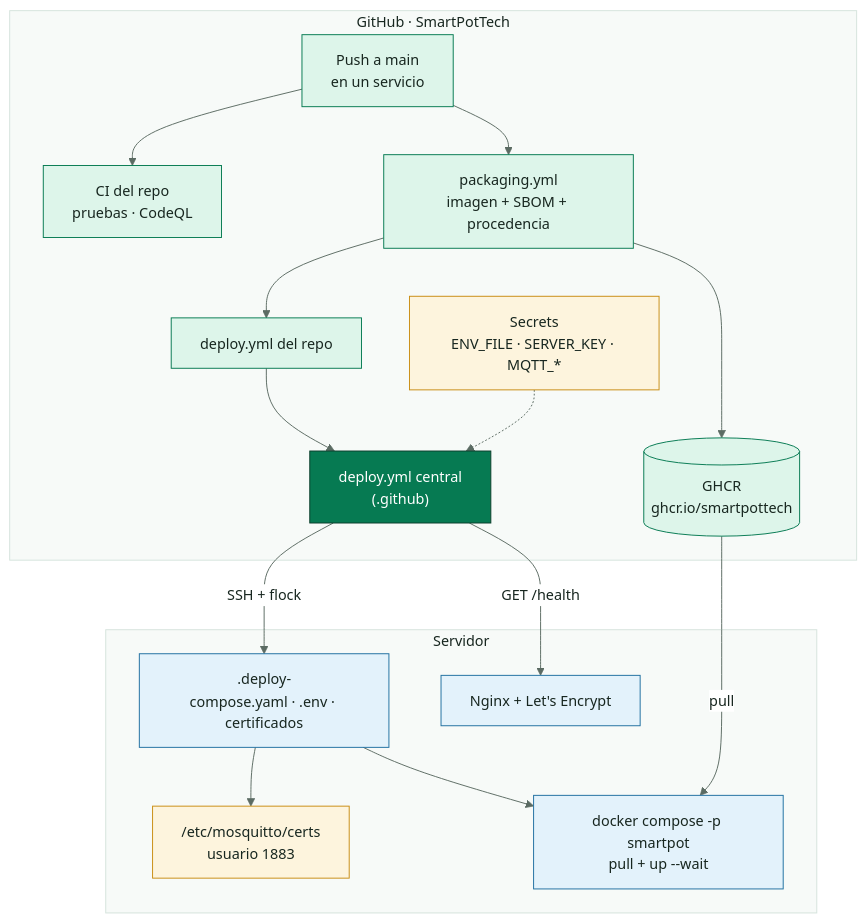
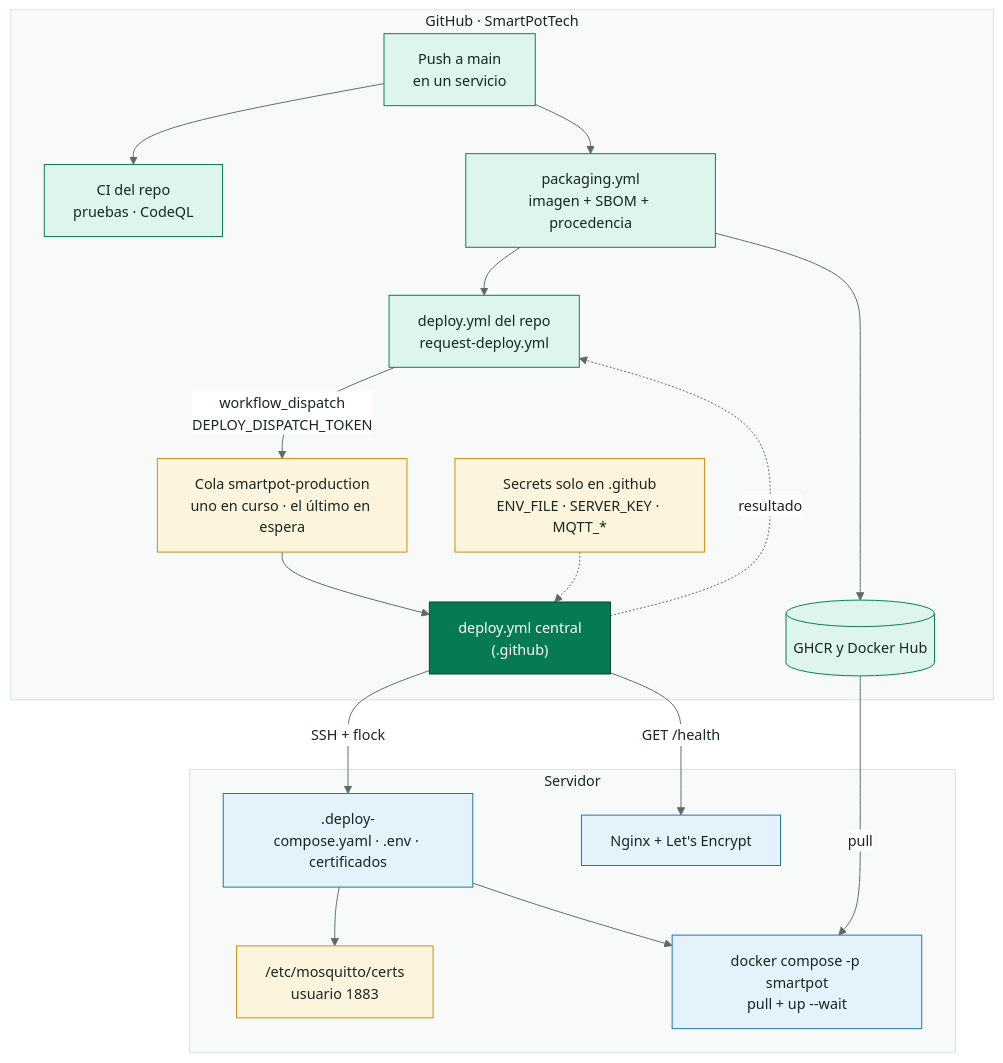
Before and after one commit to SmartPotTech/.github: the diagram in docs/diagramas/SmartPot_06_Despliegue.mmd, drawn with Mermaid. The commit also changed 1 other file, not shown here.

Commit message:
Show the deployment queue in the deployment diagram

```diff
--- a/docs/diagramas/SmartPot_06_Despliegue.mmd
+++ b/docs/diagramas/SmartPot_06_Despliegue.mmd
@@ -1,29 +1,31 @@
 %%{init: {"theme": "base", "fontFamily": "Segoe UI, Arial, sans-serif", "themeVariables": {"fontFamily": "Segoe UI, Arial, sans-serif", "fontSize": "15px", "primaryColor": "#DDF5EA", "primaryTextColor": "#17261F", "primaryBorderColor": "#067A52", "secondaryColor": "#E3F2FB", "secondaryTextColor": "#17261F", "secondaryBorderColor": "#1F6FA0", "tertiaryColor": "#F2F7F4", "tertiaryTextColor": "#17261F", "tertiaryBorderColor": "#D5E3DC", "lineColor": "#5B6B63", "textColor": "#17261F", "mainBkg": "#DDF5EA", "nodeBorder": "#067A52", "clusterBkg": "#F7FAF8", "clusterBorder": "#D5E3DC", "edgeLabelBackground": "#FFFFFF", "actorBkg": "#067A52", "actorBorder": "#0B3D2B", "actorTextColor": "#FFFFFF", "actorLineColor": "#5B6B63", "signalColor": "#17261F", "signalTextColor": "#17261F", "labelBoxBkgColor": "#0B3D2B", "labelBoxBorderColor": "#0B3D2B", "labelTextColor": "#FFFFFF", "loopTextColor": "#0B3D2B", "noteBkgColor": "#FDF4DD", "noteBorderColor": "#C98D12", "noteTextColor": "#17261F", "activationBkgColor": "#DDF5EA", "activationBorderColor": "#067A52", "attributeBackgroundColorOdd": "#FFFFFF", "attributeBackgroundColorEven": "#F2F7F4"}}}%%
 flowchart TB
   subgraph github["GitHub · SmartPotTech"]
     repo["Push a main<br/>en un servicio"] --> ci["CI del repo<br/>pruebas · CodeQL"]
     repo --> pkg["packaging.yml<br/>imagen + SBOM + procedencia"]
-    pkg --> ghcr[("GHCR<br/>ghcr.io/smartpottech")]
-    pkg --> dep["deploy.yml del repo"]
-    dep --> central["deploy.yml central<br/>(.github)"]
-    secrets["Secrets<br/>ENV_FILE · SERVER_KEY · MQTT_*"] -.-> central
+    pkg --> ghcr[("GHCR y Docker Hub")]
+    pkg --> dep["deploy.yml del repo<br/>request-deploy.yml"]
+    dep -->|"workflow_dispatch<br/>DEPLOY_DISPATCH_TOKEN"| queue["Cola smartpot-production<br/>uno en curso · el último en espera"]
+    queue --> central["deploy.yml central<br/>(.github)"]
+    central -.->|"resultado"| dep
+    secrets["Secrets solo en .github<br/>ENV_FILE · SERVER_KEY · MQTT_*"] -.-> central
   end
   subgraph servidor["Servidor"]
     stage[".deploy-<id><br/>compose.yaml · .env · certificados"]
     certs["/etc/mosquitto/certs<br/>usuario 1883"]
     compose["docker compose -p smartpot<br/>pull + up --wait"]
     nginx["Nginx + Let's Encrypt"]
   end
   central -->|"SSH + flock"| stage
   stage --> certs
   stage --> compose
   ghcr -->|"pull"| compose
   central -->|"GET /health"| nginx
   classDef gh fill:#DDF5EA,stroke:#067A52,color:#17261F
   classDef key fill:#FDF4DD,stroke:#C98D12,color:#17261F
   classDef srv fill:#E3F2FB,stroke:#1F6FA0,color:#17261F
   classDef core fill:#067A52,stroke:#0B3D2B,color:#FFFFFF
   class repo,ci,pkg,dep gh
   class central core
-  class secrets,certs key
+  class secrets,certs,queue key
   class stage,compose,nginx srv
```
